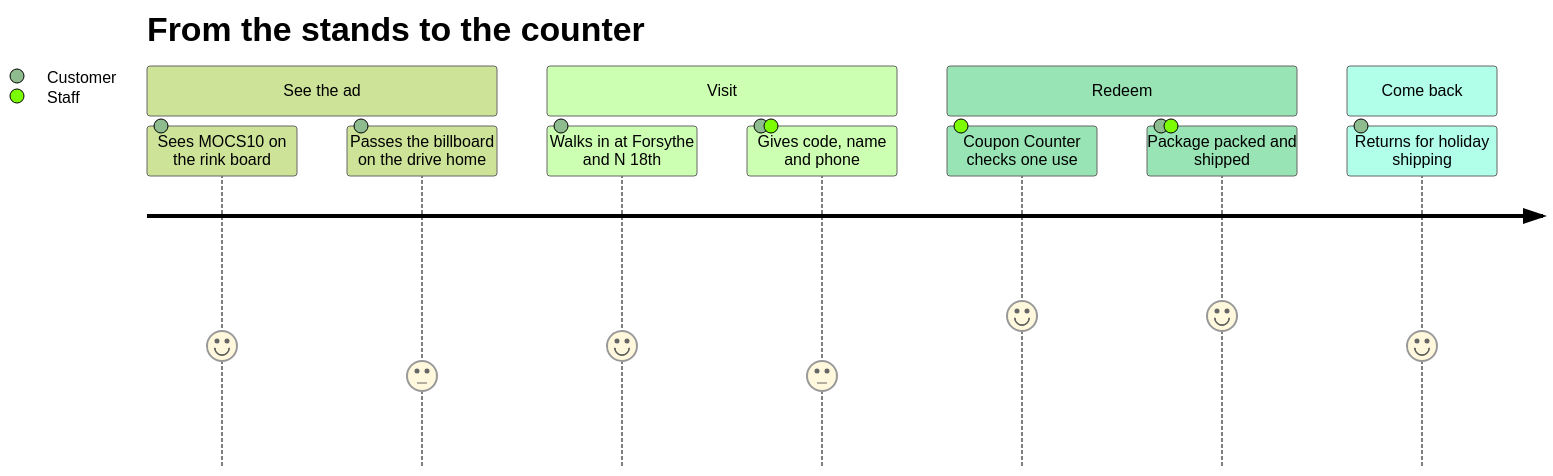
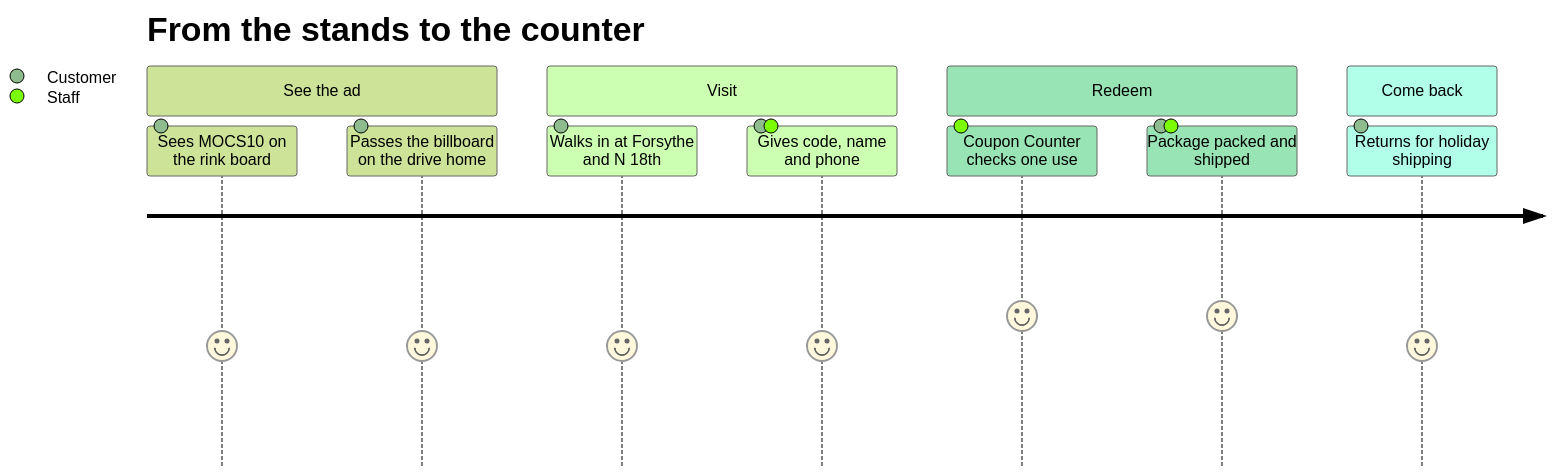
One commit to wbp318/goin-postal-forsythe changed the second of 17 diagrams in README.md. Above: the diagram before and after it, drawn with Mermaid (forest theme).

Commit message:
README: raise journey scores so every step shows a smile

````diff
--- a/README.md
+++ b/README.md
@@ -51,15 +51,15 @@
 ```mermaid
 journey
   title From the stands to the counter
   section See the ad
     Sees MOCS10 on the rink board: 4: Customer
-    Passes the billboard on the drive home: 3: Customer
+    Passes the billboard on the drive home: 4: Customer
   section Visit
     Walks in at Forsythe and N 18th: 4: Customer
-    Gives code, name and phone: 3: Customer, Staff
+    Gives code, name and phone: 4: Customer, Staff
   section Redeem
     Coupon Counter checks one use: 5: Staff
     Package packed and shipped: 5: Customer, Staff
   section Come back
     Returns for holiday shipping: 4: Customer
 ```
````
